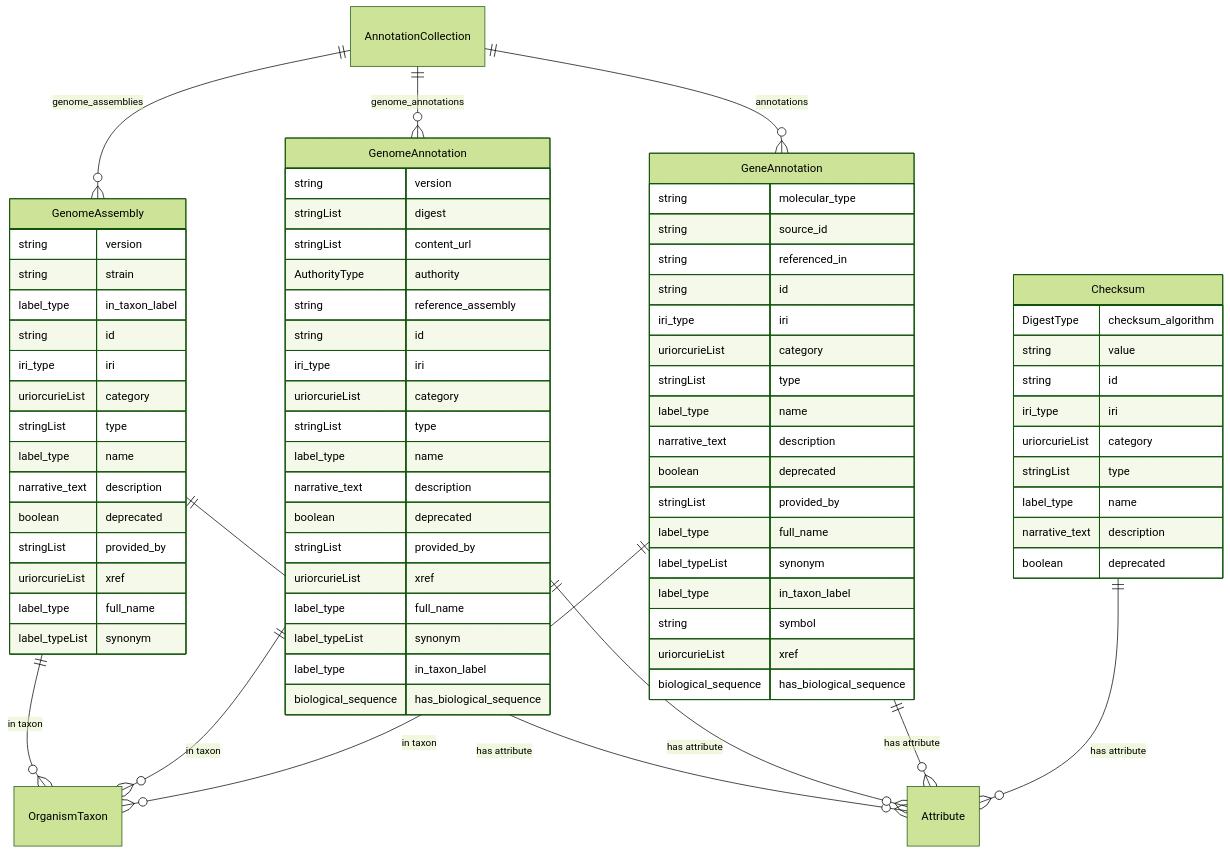
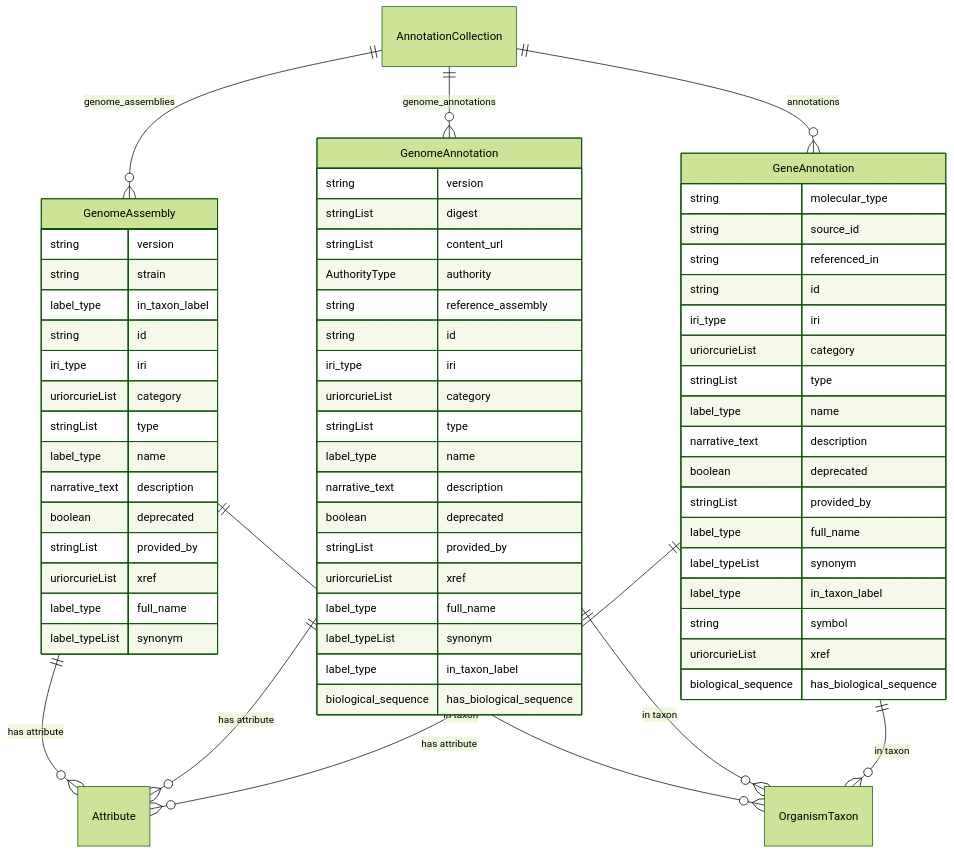
One commit to brain-bican/models changed the diagram in erdiagram-autogen/genome_annotation.md. Above: the diagram before and after it, drawn with Mermaid (forest theme). The commit also changed 23 other files, not shown here.

````diff
--- a/erdiagram-autogen/genome_annotation.md
+++ b/erdiagram-autogen/genome_annotation.md
@@ -58,17 +58,6 @@
     uriorcurieList xref  
     biological_sequence has_biological_sequence  
 }
-Checksum {
-    DigestType checksum_algorithm  
-    string value  
-    string id  
-    iri_type iri  
-    uriorcurieList category  
-    stringList type  
-    label_type name  
-    narrative_text description  
-    boolean deprecated  
-}
 
 AnnotationCollection ||--}o GeneAnnotation : "annotations"
 AnnotationCollection ||--}o GenomeAnnotation : "genome_annotations"
@@ -79,6 +68,5 @@
 GenomeAnnotation ||--}o OrganismTaxon : "in taxon"
 GeneAnnotation ||--}o Attribute : "has attribute"
 GeneAnnotation ||--}o OrganismTaxon : "in taxon"
-Checksum ||--}o Attribute : "has attribute"
 
 ```
````
